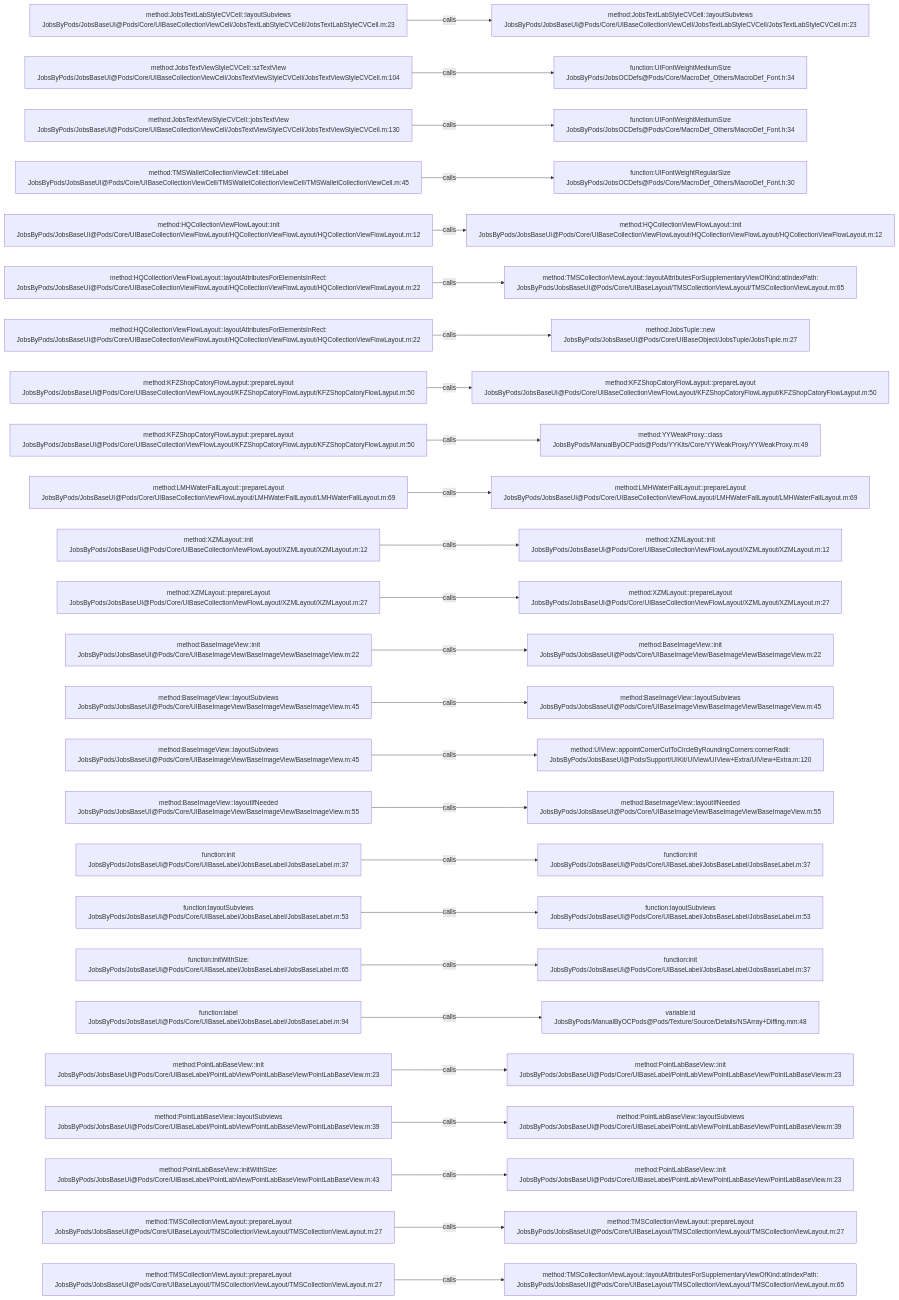
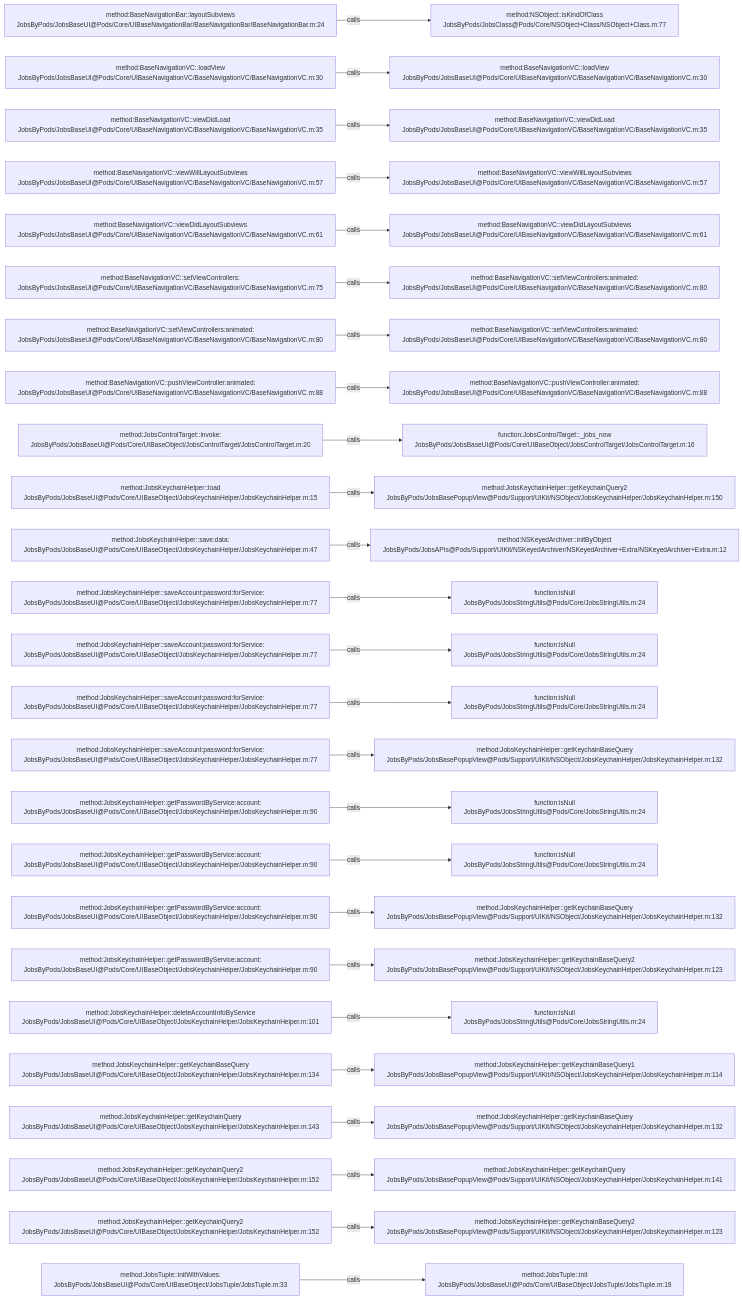
The diagram in .codegraph/codegraph.md/graphs/calls-029.md (JobsKits/JobsOCBaseConfigDemo), drawn with Mermaid before and after one commit. The commit also changed 639 other files, not shown here.

````diff
--- a/.codegraph/codegraph.md/graphs/calls-029.md
+++ b/.codegraph/codegraph.md/graphs/calls-029.md
@@ -13,78 +13,78 @@
 ```mermaid
 flowchart LR
-  S1["method:JobsTextLabStyleCVCell::layoutSubviews<br/>JobsByPods/JobsBaseUI@Pods/Core/UIBaseCollectionViewCell/JobsTextLabStyleCVCell/JobsTextLabStyleCVCell.m:23"]
-  T1["method:JobsTextLabStyleCVCell::layoutSubviews<br/>JobsByPods/JobsBaseUI@Pods/Core/UIBaseCollectionViewCell/JobsTextLabStyleCVCell/JobsTextLabStyleCVCell.m:23"]
+  S1["method:BaseNavigationBar::layoutSubviews<br/>JobsByPods/JobsBaseUI@Pods/Core/UIBaseNavigationBar/BaseNavigationBar/BaseNavigationBar.m:24"]
+  T1["method:NSObject::isKindOfClass<br/>JobsByPods/JobsClass@Pods/Core/NSObject+Class/NSObject+Class.m:77"]
   S1 -->|calls| T1
-  S2["method:JobsTextViewStyleCVCell::szTextView<br/>JobsByPods/JobsBaseUI@Pods/Core/UIBaseCollectionViewCell/JobsTextViewStyleCVCell/JobsTextViewStyleCVCell.m:104"]
-  T2["function:UIFontWeightMediumSize<br/>JobsByPods/JobsOCDefs@Pods/Core/MacroDef_Others/MacroDef_Font.h:34"]
+  S2["method:BaseNavigationVC::loadView<br/>JobsByPods/JobsBaseUI@Pods/Core/UIBaseNavigationVC/BaseNavigationVC/BaseNavigationVC.m:30"]
+  T2["method:BaseNavigationVC::loadView<br/>JobsByPods/JobsBaseUI@Pods/Core/UIBaseNavigationVC/BaseNavigationVC/BaseNavigationVC.m:30"]
   S2 -->|calls| T2
-  S3["method:JobsTextViewStyleCVCell::jobsTextView<br/>JobsByPods/JobsBaseUI@Pods/Core/UIBaseCollectionViewCell/JobsTextViewStyleCVCell/JobsTextViewStyleCVCell.m:130"]
-  T3["function:UIFontWeightMediumSize<br/>JobsByPods/JobsOCDefs@Pods/Core/MacroDef_Others/MacroDef_Font.h:34"]
+  S3["method:BaseNavigationVC::viewDidLoad<br/>JobsByPods/JobsBaseUI@Pods/Core/UIBaseNavigationVC/BaseNavigationVC/BaseNavigationVC.m:35"]
+  T3["method:BaseNavigationVC::viewDidLoad<br/>JobsByPods/JobsBaseUI@Pods/Core/UIBaseNavigationVC/BaseNavigationVC/BaseNavigationVC.m:35"]
   S3 -->|calls| T3
-  S4["method:TMSWalletCollectionViewCell::titleLabel<br/>JobsByPods/JobsBaseUI@Pods/Core/UIBaseCollectionViewCell/TMSWalletCollectionViewCell/TMSWalletCollectionViewCell.m:45"]
-  T4["function:UIFontWeightRegularSize<br/>JobsByPods/JobsOCDefs@Pods/Core/MacroDef_Others/MacroDef_Font.h:30"]
+  S4["method:BaseNavigationVC::viewWillLayoutSubviews<br/>JobsByPods/JobsBaseUI@Pods/Core/UIBaseNavigationVC/BaseNavigationVC/BaseNavigationVC.m:57"]
+  T4["method:BaseNavigationVC::viewWillLayoutSubviews<br/>JobsByPods/JobsBaseUI@Pods/Core/UIBaseNavigationVC/BaseNavigationVC/BaseNavigationVC.m:57"]
   S4 -->|calls| T4
-  S5["method:HQCollectionViewFlowLayout::init<br/>JobsByPods/JobsBaseUI@Pods/Core/UIBaseCollectionViewFlowLayout/HQCollectionViewFlowLayout/HQCollectionViewFlowLayout.m:12"]
-  T5["method:HQCollectionViewFlowLayout::init<br/>JobsByPods/JobsBaseUI@Pods/Core/UIBaseCollectionViewFlowLayout/HQCollectionViewFlowLayout/HQCollectionViewFlowLayout.m:12"]
+  S5["method:BaseNavigationVC::viewDidLayoutSubviews<br/>JobsByPods/JobsBaseUI@Pods/Core/UIBaseNavigationVC/BaseNavigationVC/BaseNavigationVC.m:61"]
+  T5["method:BaseNavigationVC::viewDidLayoutSubviews<br/>JobsByPods/JobsBaseUI@Pods/Core/UIBaseNavigationVC/BaseNavigationVC/BaseNavigationVC.m:61"]
   S5 -->|calls| T5
-  S6["method:HQCollectionViewFlowLayout::layoutAttributesForElementsInRect:<br/>JobsByPods/JobsBaseUI@Pods/Core/UIBaseCollectionViewFlowLayout/HQCollectionViewFlowLayout/HQCollectionViewFlowLayout.m:22"]
-  T6["method:TMSCollectionViewLayout::layoutAttributesForSupplementaryViewOfKind:atIndexPath:<br/>JobsByPods/JobsBaseUI@Pods/Core/UIBaseLayout/TMSCollectionViewLayout/TMSCollectionViewLayout.m:65"]
+  S6["method:BaseNavigationVC::setViewControllers:<br/>JobsByPods/JobsBaseUI@Pods/Core/UIBaseNavigationVC/BaseNavigationVC/BaseNavigationVC.m:75"]
+  T6["method:BaseNavigationVC::setViewControllers:animated:<br/>JobsByPods/JobsBaseUI@Pods/Core/UIBaseNavigationVC/BaseNavigationVC/BaseNavigationVC.m:80"]
   S6 -->|calls| T6
-  S7["method:HQCollectionViewFlowLayout::layoutAttributesForElementsInRect:<br/>JobsByPods/JobsBaseUI@Pods/Core/UIBaseCollectionViewFlowLayout/HQCollectionViewFlowLayout/HQCollectionViewFlowLayout.m:22"]
-  T7["method:JobsTuple::new<br/>JobsByPods/JobsBaseUI@Pods/Core/UIBaseObject/JobsTuple/JobsTuple.m:27"]
+  S7["method:BaseNavigationVC::setViewControllers:animated:<br/>JobsByPods/JobsBaseUI@Pods/Core/UIBaseNavigationVC/BaseNavigationVC/BaseNavigationVC.m:80"]
+  T7["method:BaseNavigationVC::setViewControllers:animated:<br/>JobsByPods/JobsBaseUI@Pods/Core/UIBaseNavigationVC/BaseNavigationVC/BaseNavigationVC.m:80"]
   S7 -->|calls| T7
-  S8["method:KFZShopCatoryFlowLayput::prepareLayout<br/>JobsByPods/JobsBaseUI@Pods/Core/UIBaseCollectionViewFlowLayout/KFZShopCatoryFlowLayput/KFZShopCatoryFlowLayput.m:50"]
-  T8["method:KFZShopCatoryFlowLayput::prepareLayout<br/>JobsByPods/JobsBaseUI@Pods/Core/UIBaseCollectionViewFlowLayout/KFZShopCatoryFlowLayput/KFZShopCatoryFlowLayput.m:50"]
+  S8["method:BaseNavigationVC::pushViewController:animated:<br/>JobsByPods/JobsBaseUI@Pods/Core/UIBaseNavigationVC/BaseNavigationVC/BaseNavigationVC.m:88"]
+  T8["method:BaseNavigationVC::pushViewController:animated:<br/>JobsByPods/JobsBaseUI@Pods/Core/UIBaseNavigationVC/BaseNavigationVC/BaseNavigationVC.m:88"]
   S8 -->|calls| T8
-  S9["method:KFZShopCatoryFlowLayput::prepareLayout<br/>JobsByPods/JobsBaseUI@Pods/Core/UIBaseCollectionViewFlowLayout/KFZShopCatoryFlowLayput/KFZShopCatoryFlowLayput.m:50"]
-  T9["method:YYWeakProxy::class<br/>JobsByPods/ManualByOCPods@Pods/YYKits/Core/YYWeakProxy/YYWeakProxy.m:49"]
+  S9["method:JobsControlTarget::invoke:<br/>JobsByPods/JobsBaseUI@Pods/Core/UIBaseObject/JobsControlTarget/JobsControlTarget.m:20"]
+  T9["function:JobsControlTarget::_jobs_now<br/>JobsByPods/JobsBaseUI@Pods/Core/UIBaseObject/JobsControlTarget/JobsControlTarget.m:16"]
   S9 -->|calls| T9
-  S10["method:LMHWaterFallLayout::prepareLayout<br/>JobsByPods/JobsBaseUI@Pods/Core/UIBaseCollectionViewFlowLayout/LMHWaterFallLayout/LMHWaterFallLayout.m:69"]
-  T10["method:LMHWaterFallLayout::prepareLayout<br/>JobsByPods/JobsBaseUI@Pods/Core/UIBaseCollectionViewFlowLayout/LMHWaterFallLayout/LMHWaterFallLayout.m:69"]
+  S10["method:JobsKeychainHelper::load<br/>JobsByPods/JobsBaseUI@Pods/Core/UIBaseObject/JobsKeychainHelper/JobsKeychainHelper.m:15"]
+  T10["method:JobsKeychainHelper::getKeychainQuery2<br/>JobsByPods/JobsBasePopupView@Pods/Support/UIKit/NSObject/JobsKeychainHelper/JobsKeychainHelper.m:150"]
   S10 -->|calls| T10
-  S11["method:XZMLayout::init<br/>JobsByPods/JobsBaseUI@Pods/Core/UIBaseCollectionViewFlowLayout/XZMLayout/XZMLayout.m:12"]
-  T11["method:XZMLayout::init<br/>JobsByPods/JobsBaseUI@Pods/Core/UIBaseCollectionViewFlowLayout/XZMLayout/XZMLayout.m:12"]
+  S11["method:JobsKeychainHelper::save:data:<br/>JobsByPods/JobsBaseUI@Pods/Core/UIBaseObject/JobsKeychainHelper/JobsKeychainHelper.m:47"]
+  T11["method:NSKeyedArchiver::initByObject<br/>JobsByPods/JobsAPIs@Pods/Support/UIKit/NSKeyedArchiver/NSKeyedArchiver+Extra/NSKeyedArchiver+Extra.m:12"]
   S11 -->|calls| T11
-  S12["method:XZMLayout::prepareLayout<br/>JobsByPods/JobsBaseUI@Pods/Core/UIBaseCollectionViewFlowLayout/XZMLayout/XZMLayout.m:27"]
-  T12["method:XZMLayout::prepareLayout<br/>JobsByPods/JobsBaseUI@Pods/Core/UIBaseCollectionViewFlowLayout/XZMLayout/XZMLayout.m:27"]
+  S12["method:JobsKeychainHelper::saveAccount:password:forService:<br/>JobsByPods/JobsBaseUI@Pods/Core/UIBaseObject/JobsKeychainHelper/JobsKeychainHelper.m:77"]
+  T12["function:isNull<br/>JobsByPods/JobsStringUtils@Pods/Core/JobsStringUtils.m:24"]
   S12 -->|calls| T12
-  S13["method:BaseImageView::init<br/>JobsByPods/JobsBaseUI@Pods/Core/UIBaseImageView/BaseImageView/BaseImageView.m:22"]
-  T13["method:BaseImageView::init<br/>JobsByPods/JobsBaseUI@Pods/Core/UIBaseImageView/BaseImageView/BaseImageView.m:22"]
+  S13["method:JobsKeychainHelper::saveAccount:password:forService:<br/>JobsByPods/JobsBaseUI@Pods/Core/UIBaseObject/JobsKeychainHelper/JobsKeychainHelper.m:77"]
+  T13["function:isNull<br/>JobsByPods/JobsStringUtils@Pods/Core/JobsStringUtils.m:24"]
   S13 -->|calls| T13
-  S14["method:BaseImageView::layoutSubviews<br/>JobsByPods/JobsBaseUI@Pods/Core/UIBaseImageView/BaseImageView/BaseImageView.m:45"]
-  T14["method:BaseImageView::layoutSubviews<br/>JobsByPods/JobsBaseUI@Pods/Core/UIBaseImageView/BaseImageView/BaseImageView.m:45"]
+  S14["method:JobsKeychainHelper::saveAccount:password:forService:<br/>JobsByPods/JobsBaseUI@Pods/Core/UIBaseObject/JobsKeychainHelper/JobsKeychainHelper.m:77"]
+  T14["function:isNull<br/>JobsByPods/JobsStringUtils@Pods/Core/JobsStringUtils.m:24"]
   S14 -->|calls| T14
-  S15["method:BaseImageView::layoutSubviews<br/>JobsByPods/JobsBaseUI@Pods/Core/UIBaseImageView/BaseImageView/BaseImageView.m:45"]
-  T15["method:UIView::appointCornerCutToCircleByRoundingCorners:cornerRadii:<br/>JobsByPods/JobsBaseUI@Pods/Support/UIKit/UIView/UIView+Extra/UIView+Extra.m:120"]
+  S15["method:JobsKeychainHelper::saveAccount:password:forService:<br/>JobsByPods/JobsBaseUI@Pods/Core/UIBaseObject/JobsKeychainHelper/JobsKeychainHelper.m:77"]
+  T15["method:JobsKeychainHelper::getKeychainBaseQuery<br/>JobsByPods/JobsBasePopupView@Pods/Support/UIKit/NSObject/JobsKeychainHelper/JobsKeychainHelper.m:132"]
   S15 -->|calls| T15
-  S16["method:BaseImageView::layoutIfNeeded<br/>JobsByPods/JobsBaseUI@Pods/Core/UIBaseImageView/BaseImageView/BaseImageView.m:55"]
-  T16["method:BaseImageView::layoutIfNeeded<br/>JobsByPods/JobsBaseUI@Pods/Core/UIBaseImageView/BaseImageView/BaseImageView.m:55"]
+  S16["method:JobsKeychainHelper::getPasswordByService:account:<br/>JobsByPods/JobsBaseUI@Pods/Core/UIBaseObject/JobsKeychainHelper/JobsKeychainHelper.m:90"]
+  T16["function:isNull<br/>JobsByPods/JobsStringUtils@Pods/Core/JobsStringUtils.m:24"]
   S16 -->|calls| T16
-  S17["function:init<br/>JobsByPods/JobsBaseUI@Pods/Core/UIBaseLabel/JobsBaseLabel/JobsBaseLabel.m:37"]
-  T17["function:init<br/>JobsByPods/JobsBaseUI@Pods/Core/UIBaseLabel/JobsBaseLabel/JobsBaseLabel.m:37"]
+  S17["method:JobsKeychainHelper::getPasswordByService:account:<br/>JobsByPods/JobsBaseUI@Pods/Core/UIBaseObject/JobsKeychainHelper/JobsKeychainHelper.m:90"]
+  T17["function:isNull<br/>JobsByPods/JobsStringUtils@Pods/Core/JobsStringUtils.m:24"]
   S17 -->|calls| T17
-  S18["function:layoutSubviews<br/>JobsByPods/JobsBaseUI@Pods/Core/UIBaseLabel/JobsBaseLabel/JobsBaseLabel.m:53"]
-  T18["function:layoutSubviews<br/>JobsByPods/JobsBaseUI@Pods/Core/UIBaseLabel/JobsBaseLabel/JobsBaseLabel.m:53"]
+  S18["method:JobsKeychainHelper::getPasswordByService:account:<br/>JobsByPods/JobsBaseUI@Pods/Core/UIBaseObject/JobsKeychainHelper/JobsKeychainHelper.m:90"]
+  T18["method:JobsKeychainHelper::getKeychainBaseQuery<br/>JobsByPods/JobsBasePopupView@Pods/Support/UIKit/NSObject/JobsKeychainHelper/JobsKeychainHelper.m:132"]
   S18 -->|calls| T18
-  S19["function:initWithSize:<br/>JobsByPods/JobsBaseUI@Pods/Core/UIBaseLabel/JobsBaseLabel/JobsBaseLabel.m:65"]
-  T19["function:init<br/>JobsByPods/JobsBaseUI@Pods/Core/UIBaseLabel/JobsBaseLabel/JobsBaseLabel.m:37"]
+  S19["method:JobsKeychainHelper::getPasswordByService:account:<br/>JobsByPods/JobsBaseUI@Pods/Core/UIBaseObject/JobsKeychainHelper/JobsKeychainHelper.m:90"]
+  T19["method:JobsKeychainHelper::getKeychainBaseQuery2<br/>JobsByPods/JobsBasePopupView@Pods/Support/UIKit/NSObject/JobsKeychainHelper/JobsKeychainHelper.m:123"]
   S19 -->|calls| T19
-  S20["function:label<br/>JobsByPods/JobsBaseUI@Pods/Core/UIBaseLabel/JobsBaseLabel/JobsBaseLabel.m:94"]
-  T20["variable:id<br/>JobsByPods/ManualByOCPods@Pods/Texture/Source/Details/NSArray+Diffing.mm:48"]
+  S20["method:JobsKeychainHelper::deleteAccountInfoByService<br/>JobsByPods/JobsBaseUI@Pods/Core/UIBaseObject/JobsKeychainHelper/JobsKeychainHelper.m:101"]
+  T20["function:isNull<br/>JobsByPods/JobsStringUtils@Pods/Core/JobsStringUtils.m:24"]
   S20 -->|calls| T20
-  S21["method:PointLabBaseView::init<br/>JobsByPods/JobsBaseUI@Pods/Core/UIBaseLabel/PointLabView/PointLabBaseView/PointLabBaseView.m:23"]
-  T21["method:PointLabBaseView::init<br/>JobsByPods/JobsBaseUI@Pods/Core/UIBaseLabel/PointLabView/PointLabBaseView/PointLabBaseView.m:23"]
+  S21["method:JobsKeychainHelper::getKeychainBaseQuery<br/>JobsByPods/JobsBaseUI@Pods/Core/UIBaseObject/JobsKeychainHelper/JobsKeychainHelper.m:134"]
+  T21["method:JobsKeychainHelper::getKeychainBaseQuery1<br/>JobsByPods/JobsBasePopupView@Pods/Support/UIKit/NSObject/JobsKeychainHelper/JobsKeychainHelper.m:114"]
   S21 -->|calls| T21
-  S22["method:PointLabBaseView::layoutSubviews<br/>JobsByPods/JobsBaseUI@Pods/Core/UIBaseLabel/PointLabView/PointLabBaseView/PointLabBaseView.m:39"]
-  T22["method:PointLabBaseView::layoutSubviews<br/>JobsByPods/JobsBaseUI@Pods/Core/UIBaseLabel/PointLabView/PointLabBaseView/PointLabBaseView.m:39"]
+  S22["method:JobsKeychainHelper::getKeychainQuery<br/>JobsByPods/JobsBaseUI@Pods/Core/UIBaseObject/JobsKeychainHelper/JobsKeychainHelper.m:143"]
+  T22["method:JobsKeychainHelper::getKeychainBaseQuery<br/>JobsByPods/JobsBasePopupView@Pods/Support/UIKit/NSObject/JobsKeychainHelper/JobsKeychainHelper.m:132"]
   S22 -->|calls| T22
-  S23["method:PointLabBaseView::initWithSize:<br/>JobsByPods/JobsBaseUI@Pods/Core/UIBaseLabel/PointLabView/PointLabBaseView/PointLabBaseView.m:43"]
-  T23["method:PointLabBaseView::init<br/>JobsByPods/JobsBaseUI@Pods/Core/UIBaseLabel/PointLabView/PointLabBaseView/PointLabBaseView.m:23"]
+  S23["method:JobsKeychainHelper::getKeychainQuery2<br/>JobsByPods/JobsBaseUI@Pods/Core/UIBaseObject/JobsKeychainHelper/JobsKeychainHelper.m:152"]
+  T23["method:JobsKeychainHelper::getKeychainQuery<br/>JobsByPods/JobsBasePopupView@Pods/Support/UIKit/NSObject/JobsKeychainHelper/JobsKeychainHelper.m:141"]
   S23 -->|calls| T23
-  S24["method:TMSCollectionViewLayout::prepareLayout<br/>JobsByPods/JobsBaseUI@Pods/Core/UIBaseLayout/TMSCollectionViewLayout/TMSCollectionViewLayout.m:27"]
-  T24["method:TMSCollectionViewLayout::prepareLayout<br/>JobsByPods/JobsBaseUI@Pods/Core/UIBaseLayout/TMSCollectionViewLayout/TMSCollectionViewLayout.m:27"]
+  S24["method:JobsKeychainHelper::getKeychainQuery2<br/>JobsByPods/JobsBaseUI@Pods/Core/UIBaseObject/JobsKeychainHelper/JobsKeychainHelper.m:152"]
+  T24["method:JobsKeychainHelper::getKeychainBaseQuery2<br/>JobsByPods/JobsBasePopupView@Pods/Support/UIKit/NSObject/JobsKeychainHelper/JobsKeychainHelper.m:123"]
   S24 -->|calls| T24
-  S25["method:TMSCollectionViewLayout::prepareLayout<br/>JobsByPods/JobsBaseUI@Pods/Core/UIBaseLayout/TMSCollectionViewLayout/TMSCollectionViewLayout.m:27"]
-  T25["method:TMSCollectionViewLayout::layoutAttributesForSupplementaryViewOfKind:atIndexPath:<br/>JobsByPods/JobsBaseUI@Pods/Core/UIBaseLayout/TMSCollectionViewLayout/TMSCollectionViewLayout.m:65"]
+  S25["method:JobsTuple::initWithValues:<br/>JobsByPods/JobsBaseUI@Pods/Core/UIBaseObject/JobsTuple/JobsTuple.m:33"]
+  T25["method:JobsTuple::init<br/>JobsByPods/JobsBaseUI@Pods/Core/UIBaseObject/JobsTuple/JobsTuple.m:19"]
   S25 -->|calls| T25
 ```
````
